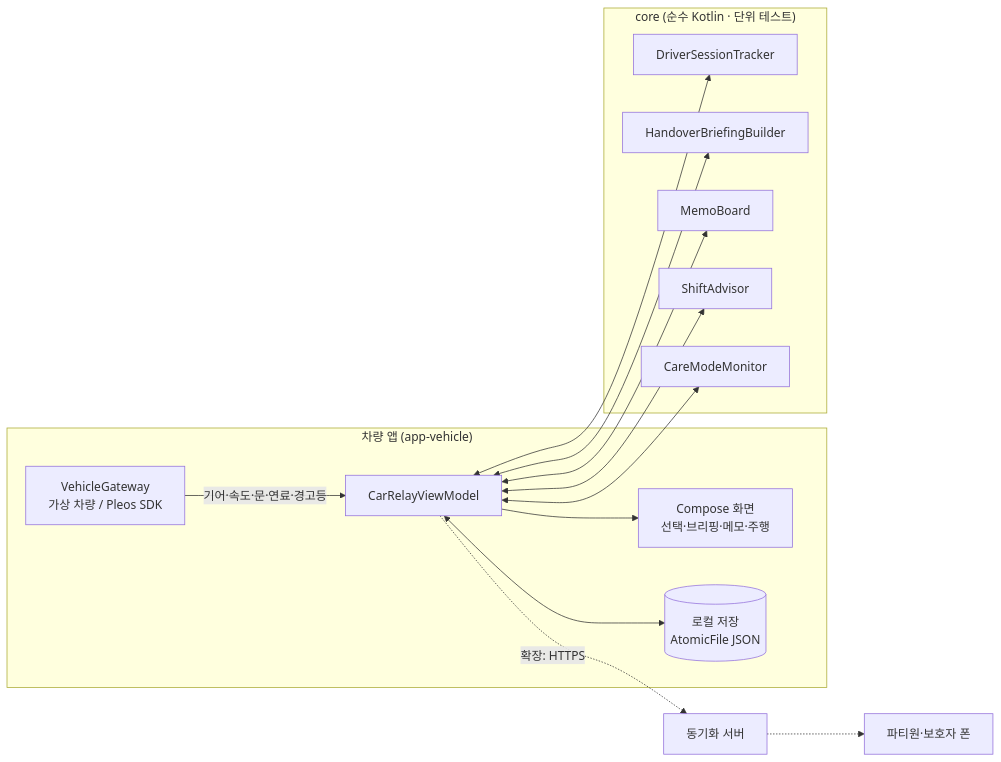
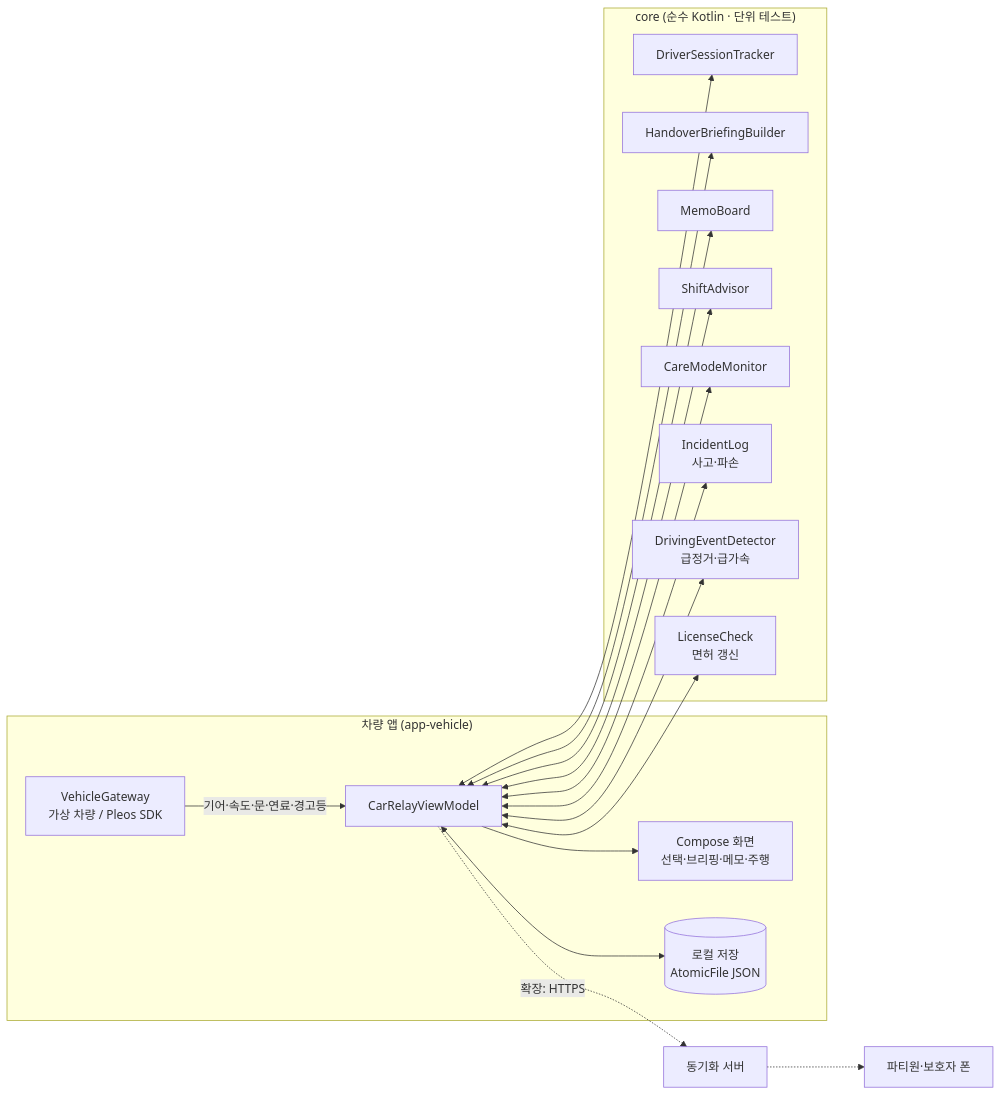
One commit to youngchaai/carrelay changed the diagram in README.md. Above: the diagram before and after it, drawn with Mermaid. The commit also changed other lines of this file and 45 other files, not shown here.

````diff
--- a/README.md
+++ b/README.md
@@ -45,21 +54,24 @@
 ```mermaid
 flowchart LR
     subgraph Car["차량 앱 (app-vehicle)"]
         GW["VehicleGateway<br/>가상 차량 / Pleos SDK"]
         VM["CarRelayViewModel"]
         UI["Compose 화면<br/>선택·브리핑·메모·주행"]
         ST[("로컬 저장<br/>AtomicFile JSON")]
     end
     subgraph Core["core (순수 Kotlin · 단위 테스트)"]
         S["DriverSessionTracker"]
         B["HandoverBriefingBuilder"]
         M["MemoBoard"]
         SH["ShiftAdvisor"]
         C["CareModeMonitor"]
+        I["IncidentLog<br/>사고·파손"]
+        D["DrivingEventDetector<br/>급정거·급가속"]
+        L["LicenseCheck<br/>면허 갱신"]
     end
     GW -- "기어·속도·문·연료·경고등" --> VM
-    VM <--> S & B & M & SH & C
+    VM <--> S & B & M & SH & C & I & D & L
     VM --> UI
     VM <--> ST
     VM -. "확장: HTTPS" .-> SV["동기화 서버"] -.-> PH["파티원·보호자 폰"]
 ```
````
